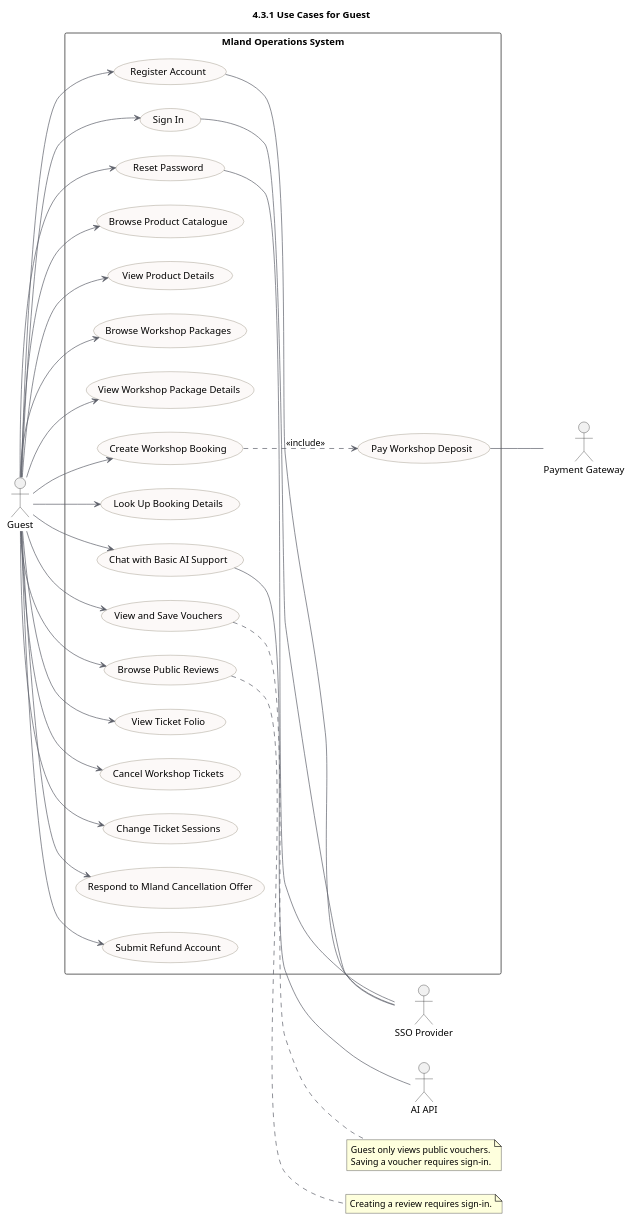
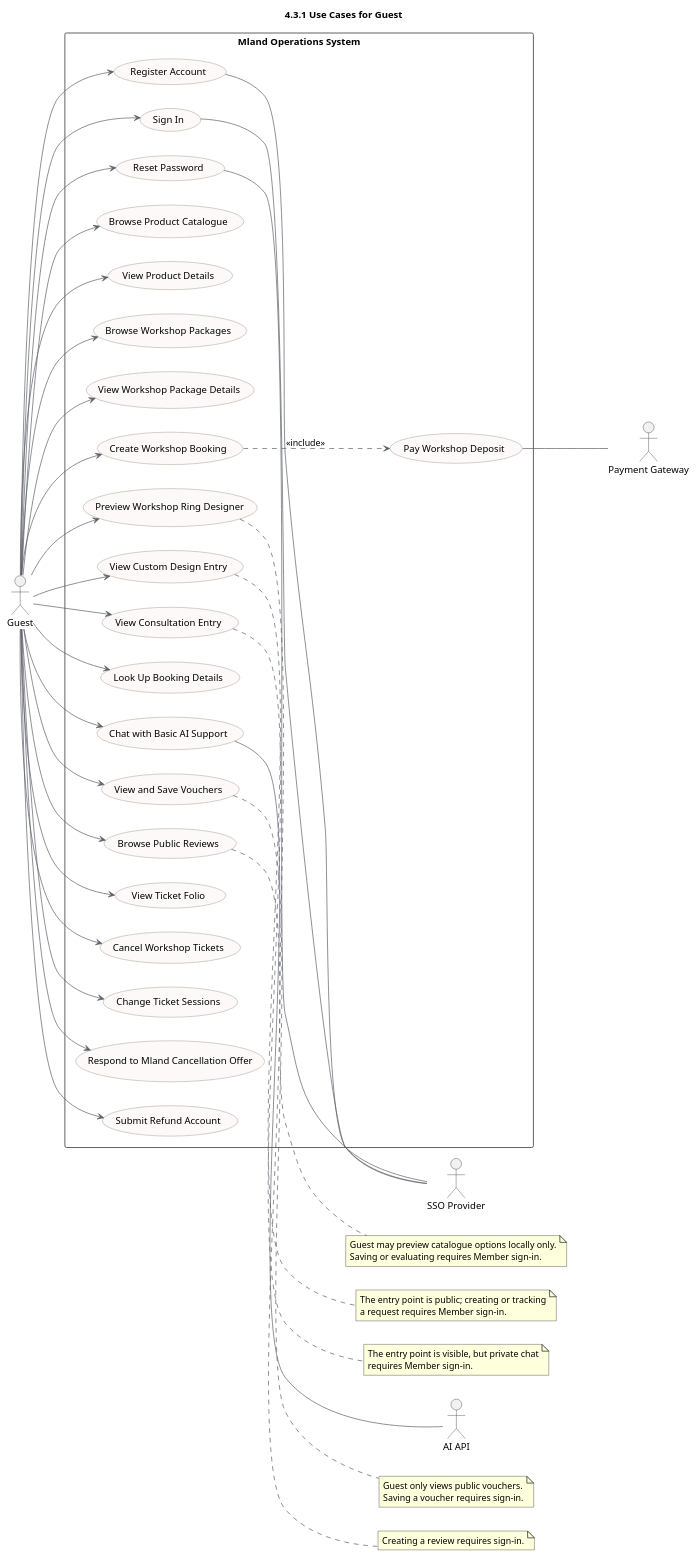
The diagram in documents/docs/report-3-software-requirement-specification/assets/diagrams/use-cases/02-guest-only.puml (quoc-ca/mland-operations-hub), drawn with PlantUML before and after one commit. The commit also changed 20 other files, not shown here.

```diff
--- a/documents/docs/report-3-software-requirement-specification/assets/diagrams/use-cases/02-guest-only.puml
+++ b/documents/docs/report-3-software-requirement-specification/assets/diagrams/use-cases/02-guest-only.puml
@@ -1,73 +1,94 @@
 @startuml
 !pragma charset UTF-8
 title 4.3.1 Use Cases for Guest
 left to right direction
 skinparam shadowing false
 skinparam usecase {
   BackgroundColor #FCF9F8
   BorderColor #807663
   ArrowColor #5B5E67
 }
 
 actor Guest
 
 actor "SSO Provider" as SSO
 actor "Payment Gateway" as Pay
 actor "AI API" as AI
 
 rectangle "Mland Operations System" {
   usecase "Register Account" as UC01
   usecase "Sign In" as UC02
   usecase "Reset Password" as UC03
   usecase "Browse Product Catalogue" as UC10
   usecase "View Product Details" as UC11
   usecase "Browse Workshop Packages" as UC19
   usecase "View Workshop Package Details" as UC20
+  usecase "Preview Workshop Ring Designer" as UC36P
+  usecase "View Custom Design Entry" as UC39P
+  usecase "View Consultation Entry" as UC38P
   usecase "Create Workshop Booking" as UC21
   usecase "Pay Workshop Deposit" as UC22
   usecase "Look Up Booking Details" as UC23
   usecase "Chat with Basic AI Support" as UC33
   usecase "View and Save Vouchers" as UC47
   usecase "Browse Public Reviews" as UC74
   usecase "View Ticket Folio" as UC77
   usecase "Cancel Workshop Tickets" as UC84
   usecase "Change Ticket Sessions" as UC85
   usecase "Respond to Mland Cancellation Offer" as UC88
   usecase "Submit Refund Account" as UC89
 }
 
 Guest --> UC01
 Guest --> UC02
 Guest --> UC03
 Guest --> UC10
 Guest --> UC11
 Guest --> UC19
 Guest --> UC20
+Guest --> UC36P
+Guest --> UC39P
+Guest --> UC38P
 Guest --> UC21
 Guest --> UC23
 Guest --> UC33
 Guest --> UC47
 Guest --> UC74
 Guest --> UC77
 Guest --> UC84
 Guest --> UC85
 Guest --> UC88
 Guest --> UC89
 
 UC21 ..> UC22 : <<include>>
 
 UC01 -- SSO
 UC02 -- SSO
 UC03 -- SSO
 UC22 -- Pay
 UC33 -- AI
 
 note right of UC47
 Guest only views public vouchers.
 Saving a voucher requires sign-in.
 end note
 
 note right of UC74
 Creating a review requires sign-in.
 end note
+
+note right of UC36P
+Guest may preview catalogue options locally only.
+Saving or evaluating requires Member sign-in.
+end note
+
+note right of UC39P
+The entry point is public; creating or tracking
+a request requires Member sign-in.
+end note
+
+note right of UC38P
+The entry point is visible, but private chat
+requires Member sign-in.
+end note
 @enduml
```
